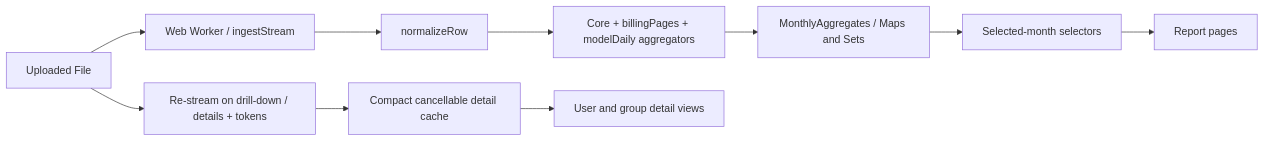
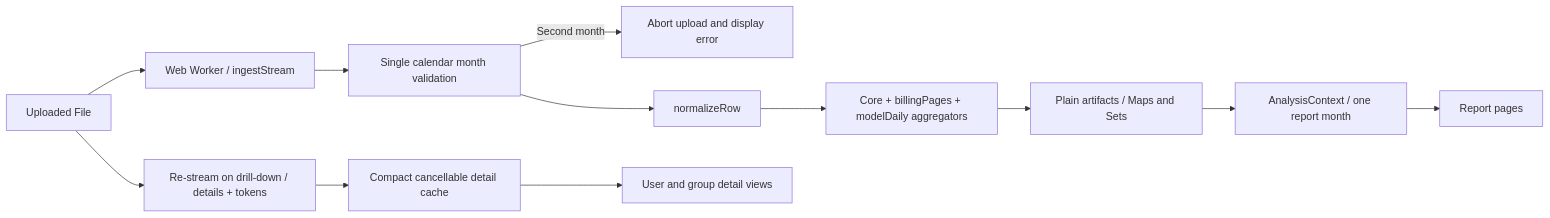
The diagram in README.md (asizikov-demos/copilot-premium-requests-report-viewer), drawn with Mermaid before and after one commit. The commit also changed other lines of this file and 3 other files, not shown here.

Commit message:
docs: document the single-month report architecture

````diff
--- a/README.md
+++ b/README.md
@@ -106,12 +111,14 @@
 ```mermaid
 flowchart LR
   File[Uploaded File] --> Worker[Web Worker / ingestStream]
-  Worker --> Normalize[normalizeRow]
+  Worker --> Validate[Single calendar month validation]
+  Validate -->|Second month| Error[Abort upload and display error]
+  Validate --> Normalize[normalizeRow]
   Normalize --> Core[Core + billingPages + modelDaily aggregators]
-  Core --> Monthly[MonthlyAggregates / Maps and Sets]
-  Monthly --> Select[Selected-month selectors]
-  Select --> Pages[Report pages]
+  Core --> Artifacts[Plain artifacts / Maps and Sets]
+  Artifacts --> Context[AnalysisContext / one report month]
+  Context --> Pages[Report pages]
   File --> Detail[Re-stream on drill-down / details + tokens]
   Detail --> Cache[Compact cancellable detail cache]
   Cache --> Views[User and group detail views]
 ```
````
